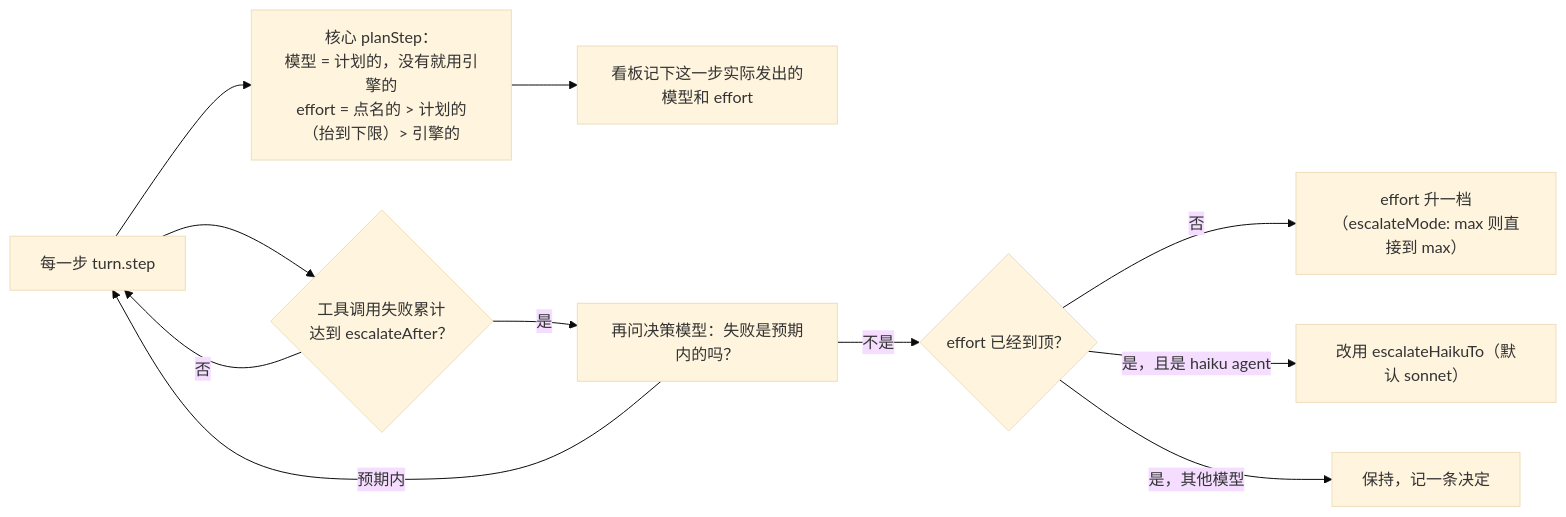
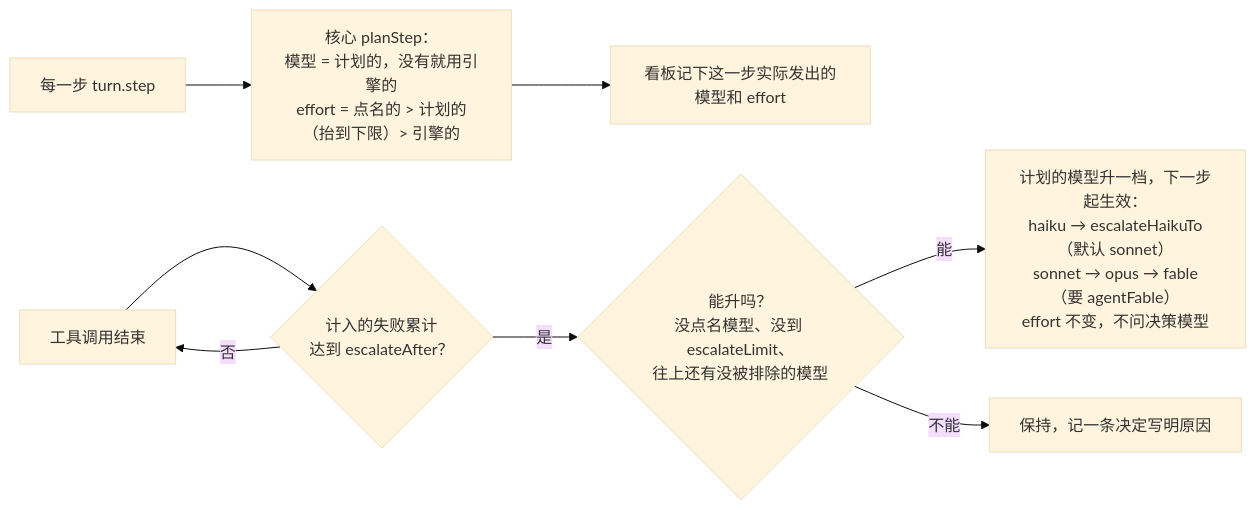
The sixth of 6 diagrams in docs/dispatch-pilot-routing.md (alexcz-a11y/claude-mods), drawn with Mermaid (base theme) before and after one commit. The commit also changed other lines of this file and 190 other files, not shown here.

````diff
--- a/docs/dispatch-pilot-routing.md
+++ b/docs/dispatch-pilot-routing.md
@@ -169,13 +173,10 @@
 ```mermaid
 flowchart LR
     A["每一步 turn.step"] --> B["核心 planStep：<br/>模型 = 计划的，没有就用引擎的<br/>effort = 点名的 > 计划的（抬到下限）> 引擎的"]
     B --> C["看板记下这一步实际发出的模型和 effort"]
-    A --> D{"工具调用失败累计<br/>达到 escalateAfter？"}
-    D -- 否 --> A
-    D -- 是 --> E["再问决策模型：失败是预期内的吗？"]
-    E -- 预期内 --> A
-    E -- 不是 --> F{"effort 已经到顶？"}
-    F -- 否 --> G["effort 升一档<br/>（escalateMode: max 则直接到 max）"]
-    F -- "是，且是 haiku agent" --> H["改用 escalateHaikuTo（默认 sonnet）"]
-    F -- "是，其他模型" --> I["保持，记一条决定"]
+    T["工具调用结束"] --> D{"计入的失败累计<br/>达到 escalateAfter？"}
+    D -- 否 --> T
+    D -- 是 --> F{"能升吗？<br/>没点名模型、没到 escalateLimit、<br/>往上还有没被排除的模型"}
+    F -- 能 --> G["计划的模型升一档，下一步起生效：<br/>haiku → escalateHaikuTo（默认 sonnet）<br/>sonnet → opus → fable（要 agentFable）<br/>effort 不变，不问决策模型"]
+    F -- 不能 --> I["保持，记一条决定写明原因"]
 ```
````
